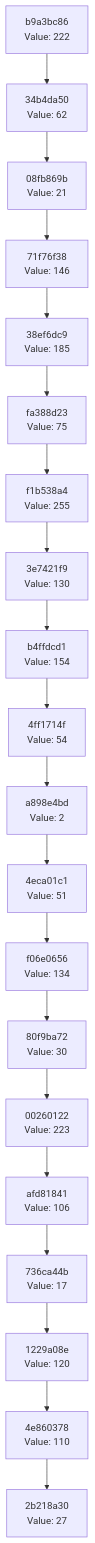
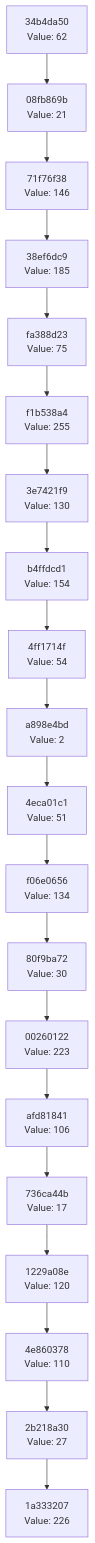
Before and after one commit to Abhisheksinha1506/hash-chain-evolver: the diagram in docs/CHAIN_VISUALIZATION.md, drawn with Mermaid. The commit also changed 3 other files, not shown here.

````diff
--- a/docs/CHAIN_VISUALIZATION.md
+++ b/docs/CHAIN_VISUALIZATION.md
@@ -3,42 +3,42 @@
 ```mermaid
 graph TD
-    C0["2b218a30<br/>Value: 27"]
-    C1["4e860378<br/>Value: 110"]
+    C0["1a333207<br/>Value: 226"]
+    C1["2b218a30<br/>Value: 27"]
     C1 --> C0
-    C2["1229a08e<br/>Value: 120"]
+    C2["4e860378<br/>Value: 110"]
     C2 --> C1
-    C3["736ca44b<br/>Value: 17"]
+    C3["1229a08e<br/>Value: 120"]
     C3 --> C2
-    C4["afd81841<br/>Value: 106"]
+    C4["736ca44b<br/>Value: 17"]
     C4 --> C3
-    C5["00260122<br/>Value: 223"]
+    C5["afd81841<br/>Value: 106"]
     C5 --> C4
-    C6["80f9ba72<br/>Value: 30"]
+    C6["00260122<br/>Value: 223"]
     C6 --> C5
-    C7["f06e0656<br/>Value: 134"]
+    C7["80f9ba72<br/>Value: 30"]
     C7 --> C6
-    C8["4eca01c1<br/>Value: 51"]
+    C8["f06e0656<br/>Value: 134"]
     C8 --> C7
-    C9["a898e4bd<br/>Value: 2"]
+    C9["4eca01c1<br/>Value: 51"]
     C9 --> C8
-    C10["4ff1714f<br/>Value: 54"]
+    C10["a898e4bd<br/>Value: 2"]
     C10 --> C9
-    C11["b4ffdcd1<br/>Value: 154"]
+    C11["4ff1714f<br/>Value: 54"]
     C11 --> C10
-    C12["3e7421f9<br/>Value: 130"]
+    C12["b4ffdcd1<br/>Value: 154"]
     C12 --> C11
-    C13["f1b538a4<br/>Value: 255"]
+    C13["3e7421f9<br/>Value: 130"]
     C13 --> C12
-    C14["fa388d23<br/>Value: 75"]
+    C14["f1b538a4<br/>Value: 255"]
     C14 --> C13
-    C15["38ef6dc9<br/>Value: 185"]
+    C15["fa388d23<br/>Value: 75"]
     C15 --> C14
-    C16["71f76f38<br/>Value: 146"]
+    C16["38ef6dc9<br/>Value: 185"]
     C16 --> C15
-    C17["08fb869b<br/>Value: 21"]
+    C17["71f76f38<br/>Value: 146"]
     C17 --> C16
-    C18["34b4da50<br/>Value: 62"]
+    C18["08fb869b<br/>Value: 21"]
     C18 --> C17
-    C19["b9a3bc86<br/>Value: 222"]
+    C19["34b4da50<br/>Value: 62"]
     C19 --> C18
 ```
````
